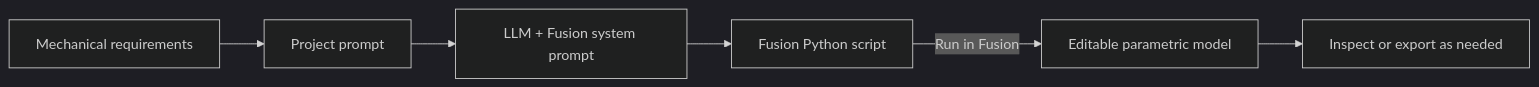
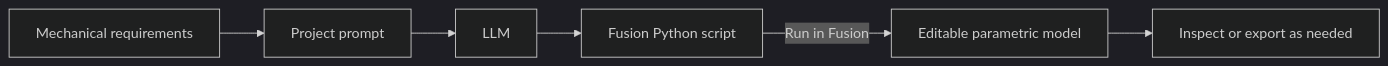
One commit to dty717/ai-to-cad-project changed the diagram in README.md. Above: the diagram before and after it, drawn with Mermaid (dark theme). The commit also changed other lines of this file, not shown here.

````diff
--- a/README.md
+++ b/README.md
@@ -23,8 +23,8 @@
 ```mermaid
 flowchart LR
     A[Mechanical requirements] --> B[Project prompt]
-    B --> C[LLM + Fusion system prompt]
+    B --> C[LLM]
     C --> D[Fusion Python script]
     D -->|Run in Fusion| E[Editable parametric model]
     E --> F[Inspect or export as needed]
 ```
````
